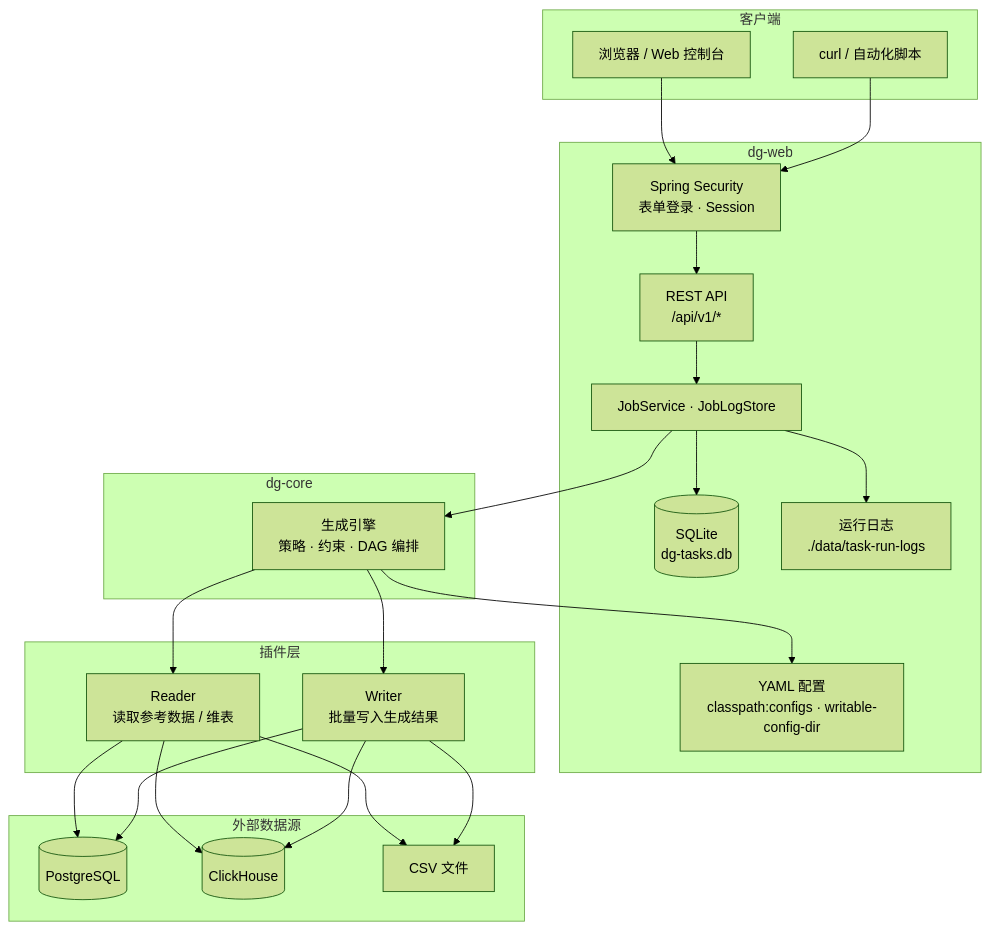
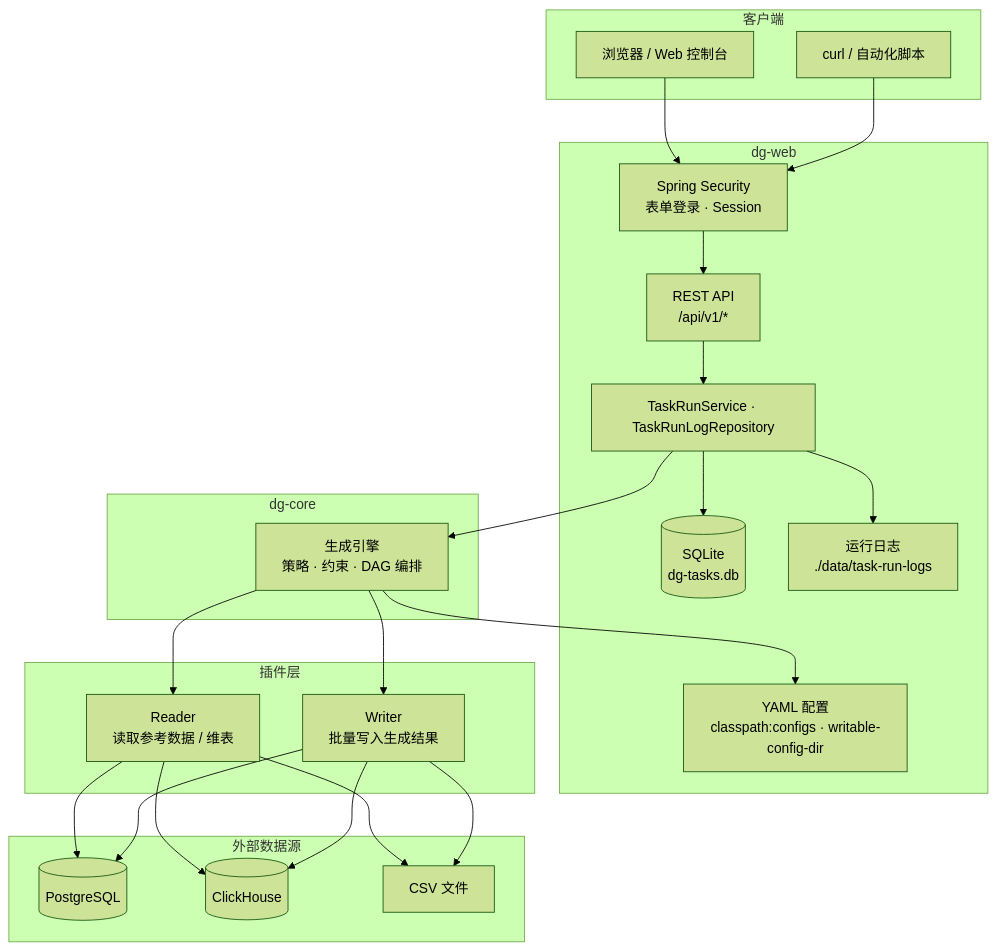
Before and after one commit to sleetzxy/data-generator: the second of 2 diagrams in README.md, drawn with Mermaid (forest theme). The commit also changed other lines of this file and 54 other files, not shown here.

````diff
--- a/README.md
+++ b/README.md
@@ -67,48 +67,48 @@
 ```mermaid
 flowchart TB
     subgraph 客户端
         browser["浏览器 / Web 控制台"]
         script["curl / 自动化脚本"]
     end
 
     subgraph dg-web
         auth["Spring Security<br/>表单登录 · Session"]
         api["REST API<br/>/api/v1/*"]
-        svc["JobService · JobLogStore"]
+        svc["TaskRunService · TaskRunLogRepository"]
         sqlite[("SQLite<br/>dg-tasks.db")]
         logfiles["运行日志<br/>./data/task-run-logs"]
         yaml["YAML 配置<br/>classpath:configs · writable-config-dir"]
     end
 
     subgraph dg-core
         engine["生成引擎<br/>策略 · 约束 · DAG 编排"]
     end
 
     subgraph 插件层
         reader["Reader<br/>读取参考数据 / 维表"]
         writer["Writer<br/>批量写入生成结果"]
     end
 
     subgraph 外部数据源
         pg[("PostgreSQL")]
         ch[("ClickHouse")]
         csv["CSV 文件"]
     end
 
     browser --> auth
     script --> auth
     auth --> api
     api --> svc
     svc --> sqlite
     svc --> logfiles
     svc --> engine
     engine --> yaml
     engine --> reader
     engine --> writer
     reader --> pg
     reader --> ch
     reader --> csv
     writer --> pg
     writer --> ch
     writer --> csv
 ```
````
